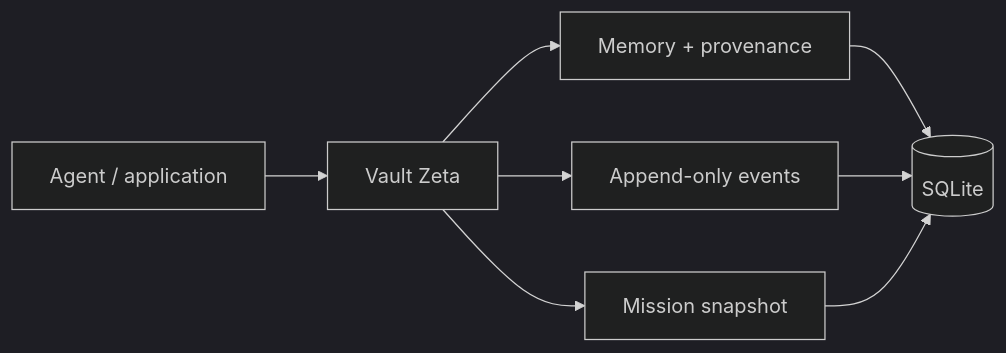
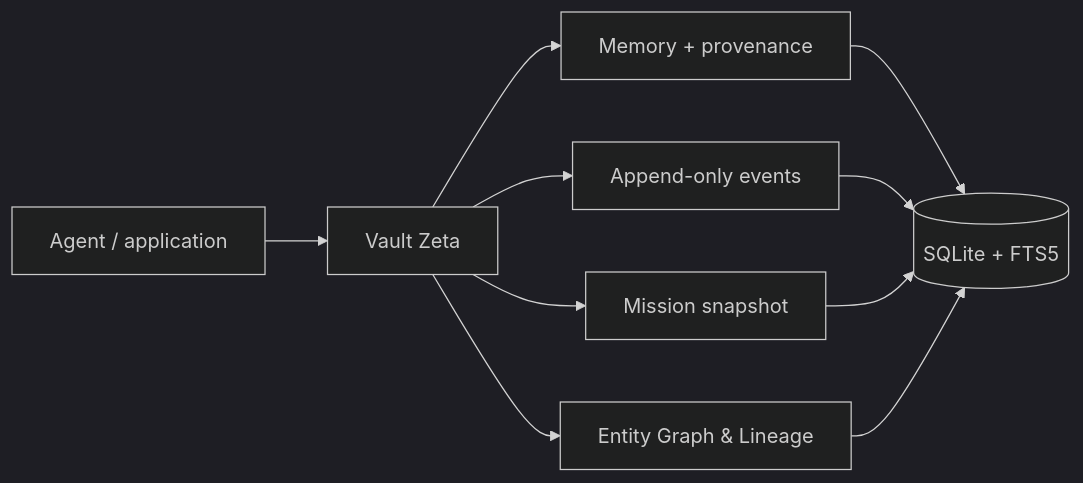
Before and after one commit to getkcoin-alt/vault-zeta: the diagram in README.md, drawn with Mermaid (dark theme). The commit also changed other lines of this file and 16 other files, not shown here.

First line of the commit message:
feat(retrieval): Phase 1 - memory supersession, entity graphs, explainable search, and benchmarks

````diff
--- a/README.md
+++ b/README.md
@@ -13,10 +13,12 @@
 ```mermaid
 flowchart LR
     A[Agent / application] --> Z[Vault Zeta]
     Z --> M[Memory + provenance]
     Z --> E[Append-only events]
     Z --> S[Mission snapshot]
-    M --> DB[(SQLite)]
+    Z --> K[Entity Graph & Lineage]
+    M --> DB[(SQLite + FTS5)]
     E --> DB
     S --> DB
+    K --> DB
 ```
````
